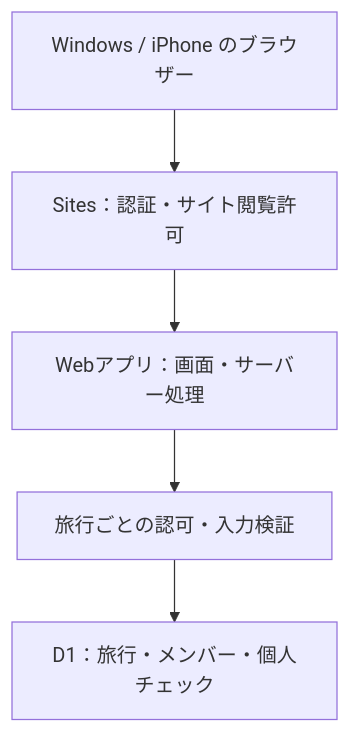
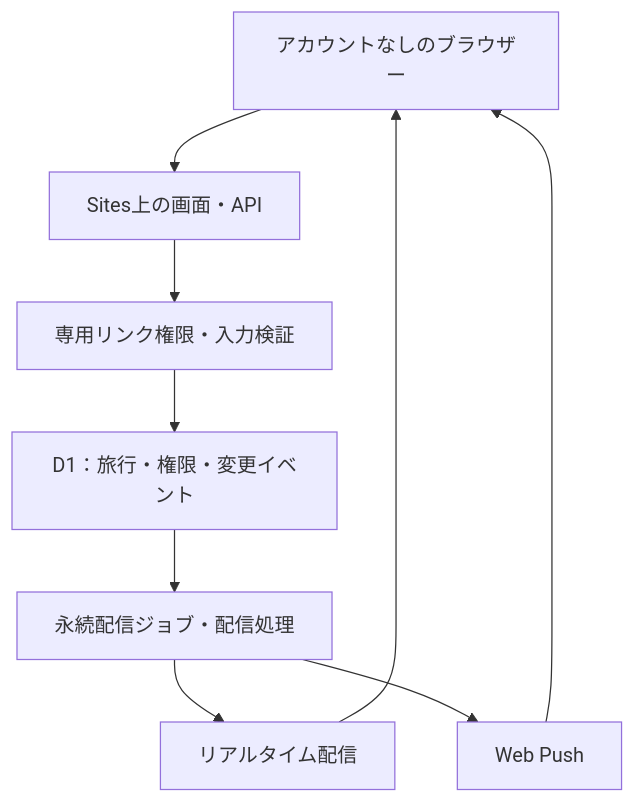
One commit to teruki487/travelers_guide changed the first of 2 diagrams in docs/02-basic-design.md. Above: the diagram before and after it, drawn with Mermaid. The commit also changed other lines of this file, not shown here.

````diff
--- a/docs/02-basic-design.md
+++ b/docs/02-basic-design.md
@@ -26,7 +26,11 @@
 ```mermaid
 flowchart TD
-  U["Windows / iPhone のブラウザー"] --> S["Sites：認証・サイト閲覧許可"]
-  S --> A["Webアプリ：画面・サーバー処理"]
-  A --> Z["旅行ごとの認可・入力検証"]
-  Z --> D["D1：旅行・メンバー・個人チェック"]
+  B["アカウントなしのブラウザー"] --> A["Sites上の画面・API"]
+  A --> G["専用リンク権限・入力検証"]
+  G --> D["D1：旅行・権限・変更イベント"]
+  D --> Q["永続配信ジョブ・配信処理"]
+  Q --> E["リアルタイム配信"]
+  Q --> P["Web Push"]
+  E --> B
+  P --> B
 ```
````
